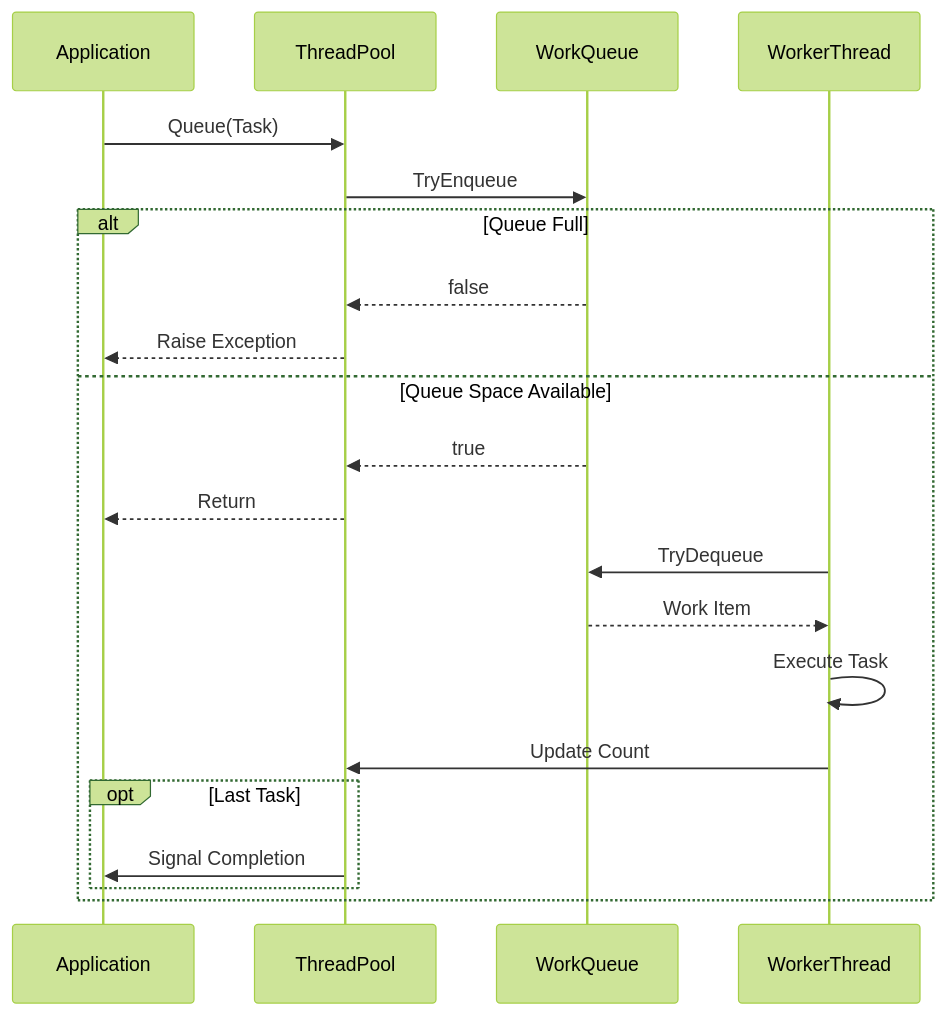
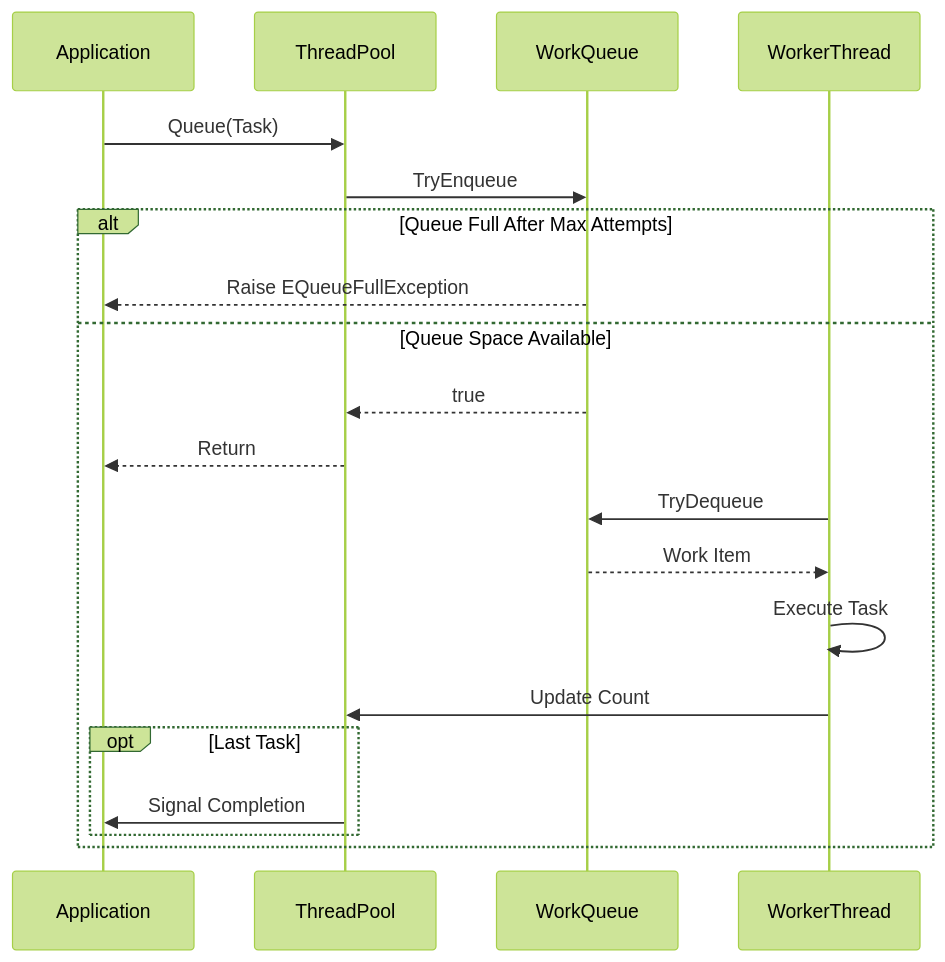
The second of 4 diagrams in docs/ThreadPool.ProducerConsumer-Technical.md (ikelaiah/threadpool-fp), drawn with Mermaid (forest theme) before and after one commit.

Commit message:
Update - Updated the sequence diagram for ThreadPool.ProducerConsumer

````diff
--- a/docs/ThreadPool.ProducerConsumer-Technical.md
+++ b/docs/ThreadPool.ProducerConsumer-Technical.md
@@ -118,24 +118,23 @@
 ```mermaid
 sequenceDiagram
     participant App as Application
     participant Pool as ThreadPool
     participant Queue as WorkQueue
     participant Worker as WorkerThread
     
     App->>Pool: Queue(Task)
     Pool->>Queue: TryEnqueue
-    alt Queue Full
-        Queue-->>Pool: false
-        Pool-->>App: Raise Exception
+    alt Queue Full After Max Attempts
+        Queue-->>App: Raise EQueueFullException
     else Queue Space Available
         Queue-->>Pool: true
         Pool-->>App: Return
         Worker->>Queue: TryDequeue
         Queue-->>Worker: Work Item
         Worker->>Worker: Execute Task
         Worker->>Pool: Update Count
         opt Last Task
             Pool->>App: Signal Completion
         end
     end
 ```
````
